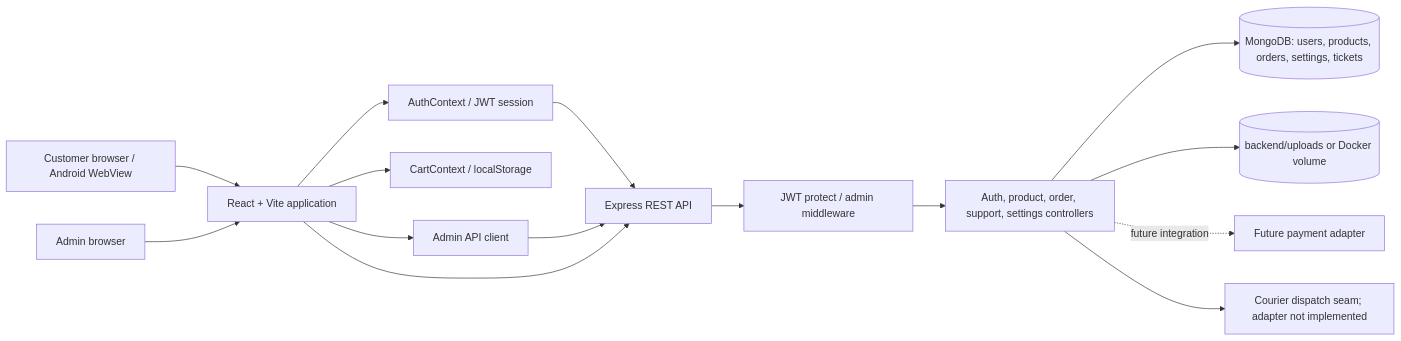
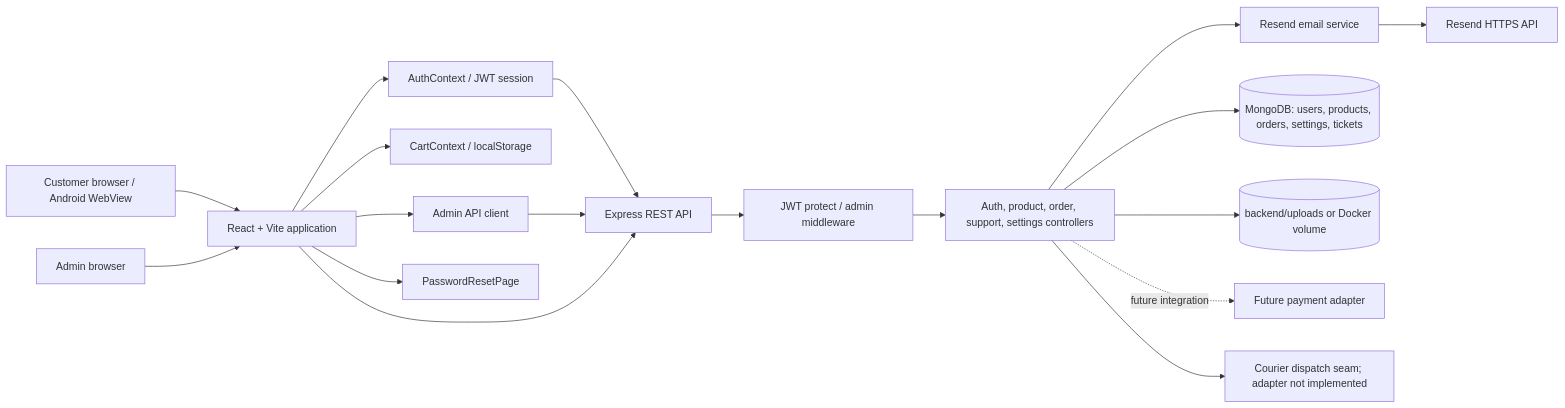
Before and after one commit to arbazfareed/e-commerce: the third of 20 diagrams in docs/UML_DIAGRAMS.md, drawn with Mermaid. The commit also changed other lines of this file and 28 other files, not shown here.

````diff
--- a/docs/UML_DIAGRAMS.md
+++ b/docs/UML_DIAGRAMS.md
@@ -140,31 +186,37 @@
 ```mermaid
 flowchart LR
     Shopper[Customer browser / Android WebView]
     Operator[Admin browser]
     React[React + Vite application]
     AuthContext[AuthContext / JWT session]
     CartContext[CartContext / localStorage]
     AdminAPI[Admin API client]
+    ResetPage[PasswordResetPage]
     Express[Express REST API]
     AuthMW[JWT protect / admin middleware]
     Controllers[Auth, product, order, support, settings controllers]
+    EmailService[Resend email service]
+    Resend[Resend HTTPS API]
     Mongo[(MongoDB: users, products, orders, settings, tickets)]
     Uploads[(backend/uploads or Docker volume)]
     Payment[Future payment adapter]
     Courier[Courier dispatch seam; adapter not implemented]
 
     Shopper --> React
     Operator --> React
     React --> AuthContext
     React --> CartContext
     React --> AdminAPI
+    React --> ResetPage
     AuthContext --> Express
     AdminAPI --> Express
     React --> Express
     Express --> AuthMW
     AuthMW --> Controllers
     Controllers --> Mongo
     Controllers --> Uploads
+    Controllers --> EmailService
+    EmailService --> Resend
     Controllers -. future integration .-> Payment
     Controllers --> Courier
 ```
````
